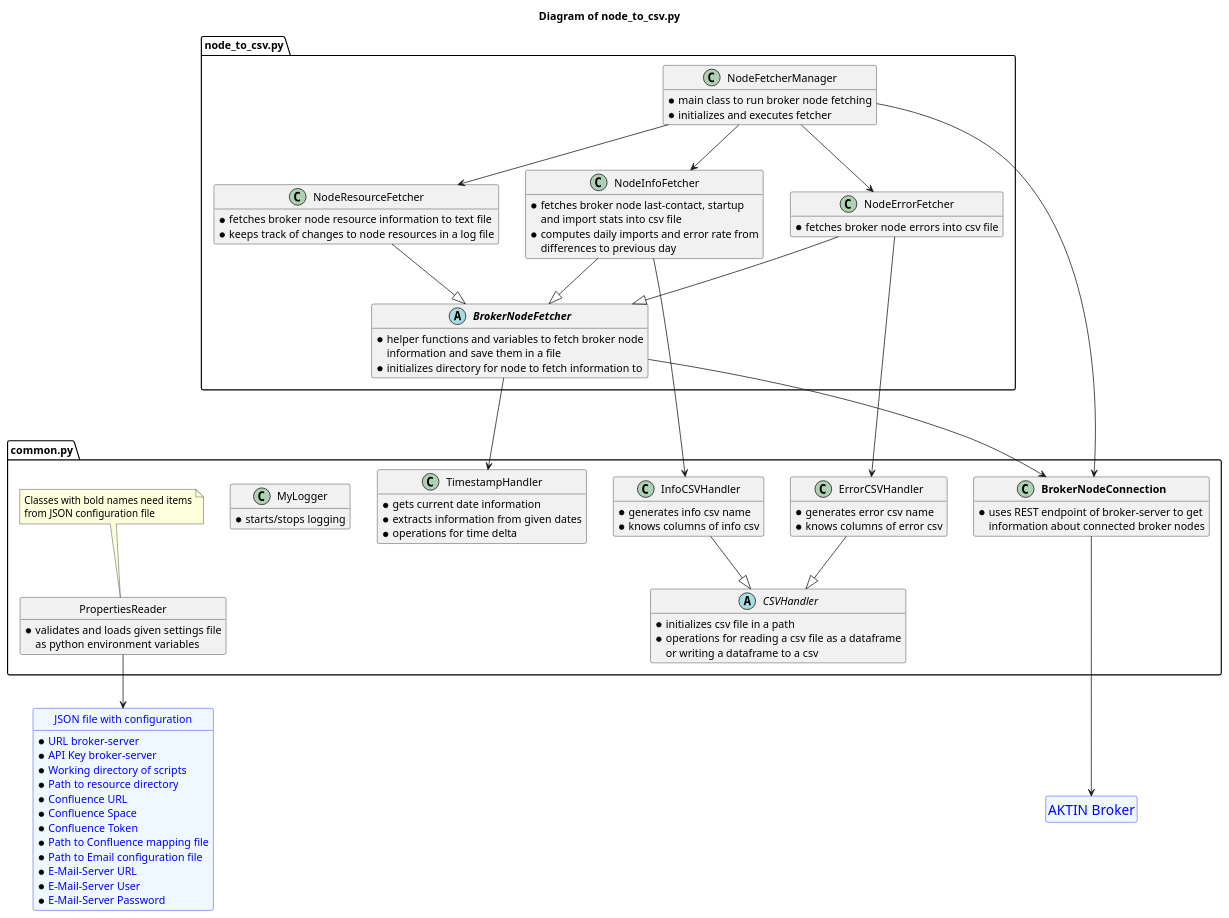
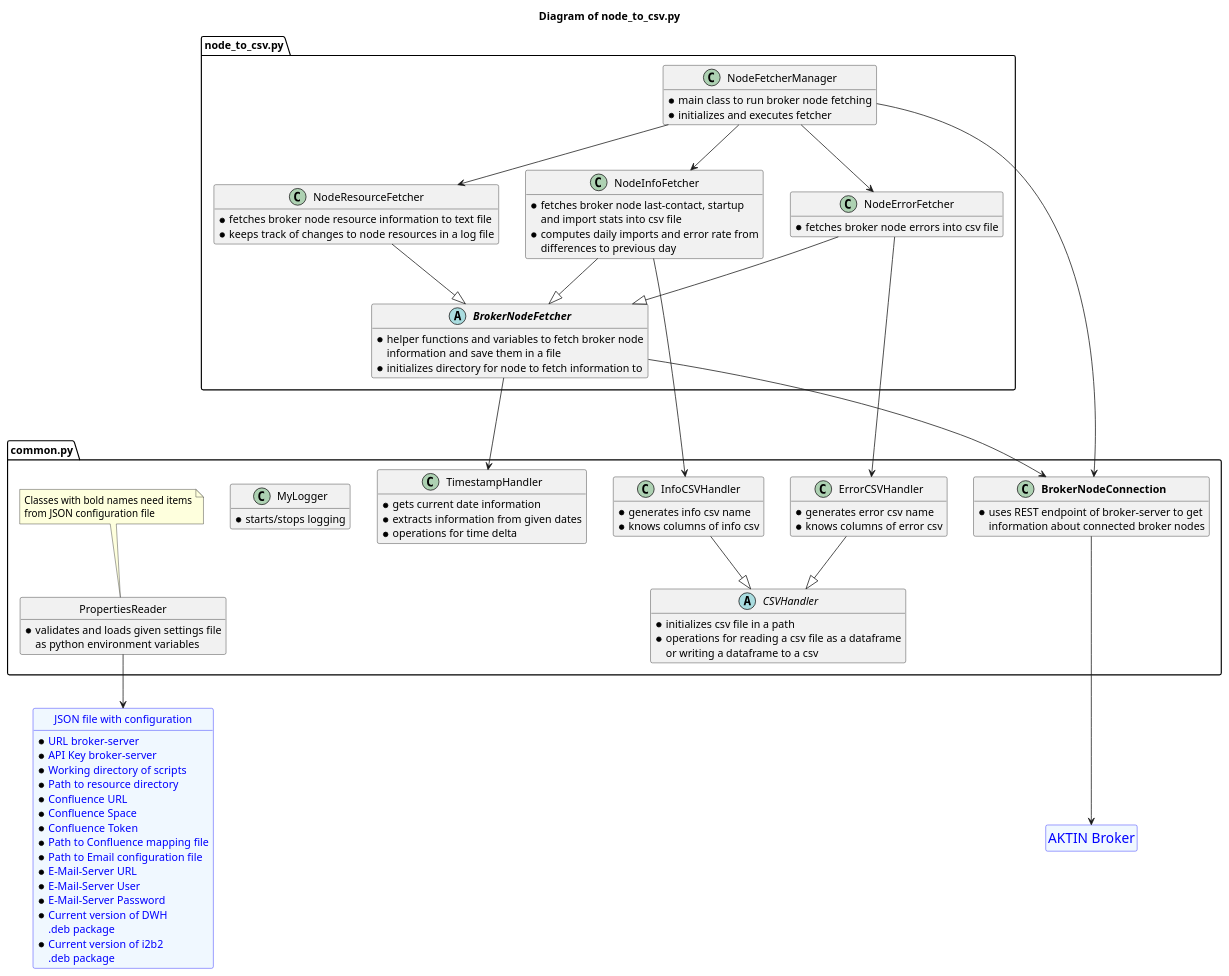
One commit to alexkombie/AKTIN_broker_monitor changed the diagram in docs/node_to_csv.puml. Above: the diagram before and after it, drawn with PlantUML. The commit also changed 5 other files, not shown here.

Commit message:
added two keys to common.py for current dwh and i2b2 version, updated architecture

```diff
--- a/docs/node_to_csv.puml
+++ b/docs/node_to_csv.puml
@@ -1,123 +1,127 @@
 @startuml
 hide methods
 
 title Diagram of node_to_csv.py
 
 entity "<size:18>AKTIN Broker</size>" as broker
 entity broker #aliceblue;line:blue;text:blue
 hide broker members
 hide broker circle
 
 entity "JSON file with configuration" as settings {
 * URL broker-server
 * API Key broker-server
 * Working directory of scripts
 * Path to resource directory
 * Confluence URL
 * Confluence Space
 * Confluence Token
 * Path to Confluence mapping file
 * Path to Email configuration file
 * E-Mail-Server URL
 * E-Mail-Server User
 * E-Mail-Server Password
+* Current version of DWH
+.deb package
+* Current version of i2b2
+.deb package
 }
 entity settings #aliceblue;line:blue;text:blue
 hide settings circle
 
 '###################################################################'
 
 package "common.py" as common <<Package>> {
 abstract class CSVHandler {
 * initializes csv file in a path
 * operations for reading a csv file as a dataframe
 or writing a dataframe to a csv
 }
 
 class InfoCSVHandler {
 * generates info csv name
 * knows columns of info csv
 }
 
 class ErrorCSVHandler {
 * generates error csv name
 * knows columns of error csv
 }
 
 class TimestampHandler {
 * gets current date information
 * extracts information from given dates
 * operations for time delta
 }
 
 class "**BrokerNodeConnection**" as BrokerNodeConnection {
 * uses REST endpoint of broker-server to get
 information about connected broker nodes
 }
 
 class MyLogger {
 * starts/stops logging
 }
 
 class PropertiesReader {
 * validates and loads given settings file
 as python environment variables
 }
 hide PropertiesReader circle
 note top of PropertiesReader: Classes with bold names need items\nfrom JSON configuration file
 }
 
 InfoCSVHandler --|> CSVHandler
 ErrorCSVHandler --|> CSVHandler
 
 BrokerNodeConnection -d--> broker
 PropertiesReader --> settings
 
 '###################################################################'
 
 package "node_to_csv.py" as node_to_csv <<Package>> {
 abstract class "**BrokerNodeFetcher**" as BrokerNodeFetcher {
 * helper functions and variables to fetch broker node
 information and save them in a file
 * initializes directory for node to fetch information to
 }
 
 class NodeInfoFetcher {
 * fetches broker node last-contact, startup
 and import stats into csv file
 * computes daily imports and error rate from
 differences to previous day
 }
 
 class NodeErrorFetcher {
 * fetches broker node errors into csv file
 }
 
 class NodeResourceFetcher {
 * fetches broker node resource information to text file
 * keeps track of changes to node resources in a log file
 }
 
 class NodeFetcherManager {
 * main class to run broker node fetching
 * initializes and executes fetcher
 }
 }
 
 BrokerNodeFetcher --> BrokerNodeConnection
 BrokerNodeFetcher --> TimestampHandler
 
 NodeInfoFetcher --|> BrokerNodeFetcher
 NodeInfoFetcher ----> InfoCSVHandler
 
 NodeErrorFetcher --|> BrokerNodeFetcher
 NodeErrorFetcher ----> ErrorCSVHandler
 
 NodeResourceFetcher --|> BrokerNodeFetcher
 
 NodeFetcherManager --> BrokerNodeConnection
 NodeFetcherManager --> NodeInfoFetcher
 NodeFetcherManager --> NodeErrorFetcher
 NodeFetcherManager --> NodeResourceFetcher
 
 @enduml
```
